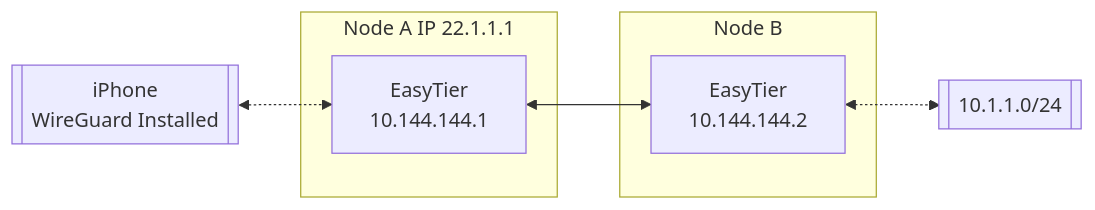
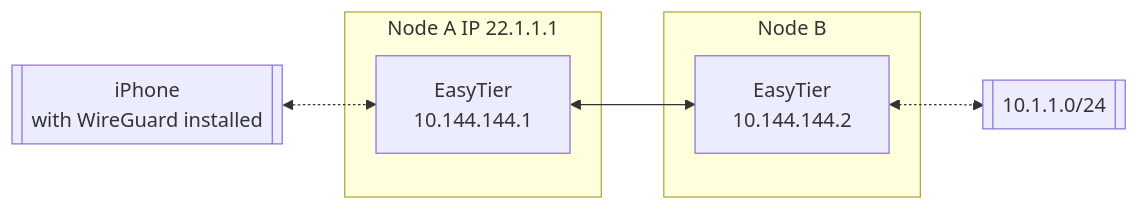
One commit to EasyTier/easytier.github.io changed the diagram in en/guide/network/use-easytier-with-wireguard-client.md. Above: the diagram before and after it, drawn with Mermaid. The commit also changed other lines of this file and 38 other files, not shown here.

````diff
--- a/en/guide/network/use-easytier-with-wireguard-client.md
+++ b/en/guide/network/use-easytier-with-wireguard-client.md
@@ -7,17 +7,17 @@
 ```mermaid
 flowchart LR
 
-ios[[iPhone \n WireGuard Installed]]
+ios[[iPhone \n with WireGuard installed]]
 
 subgraph Node A IP 22.1.1.1
 nodea[EasyTier\n10.144.144.1]
 end
 
 subgraph Node B
 nodeb[EasyTier\n10.144.144.2]
 end
 
 id1[[10.1.1.0/24]]
 
 ios <-.-> nodea <--> nodeb <-.-> id1
 ```
````
